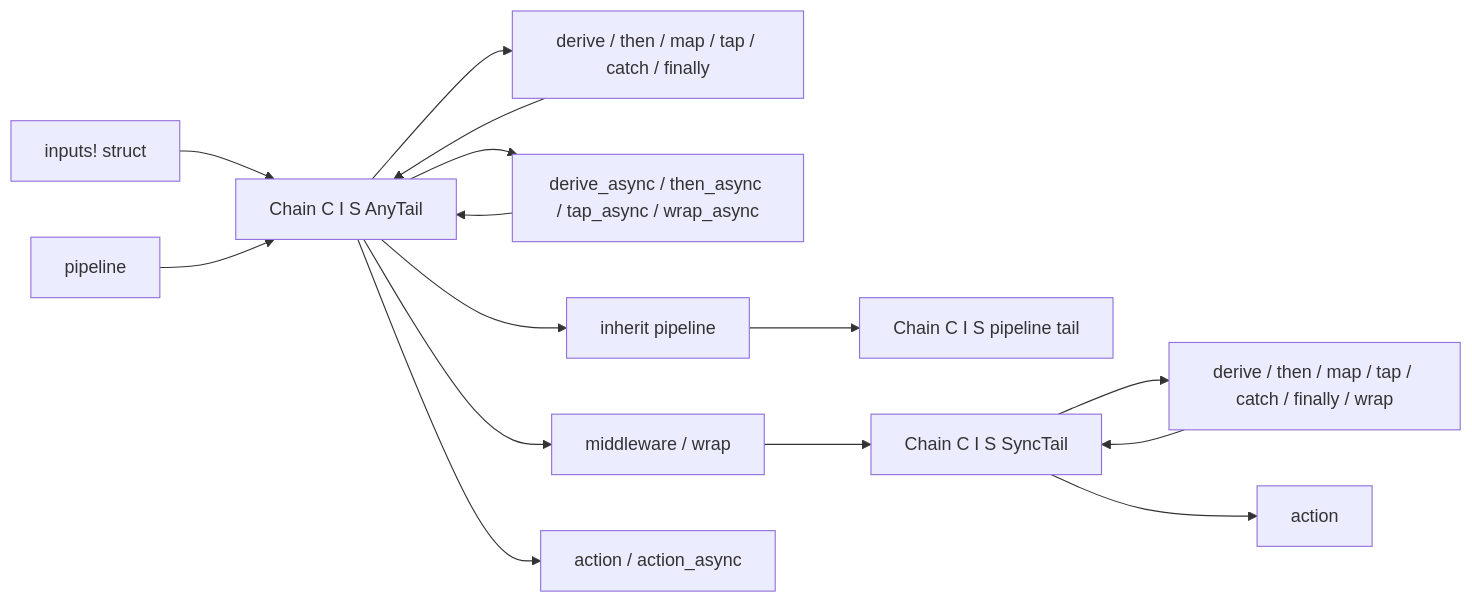
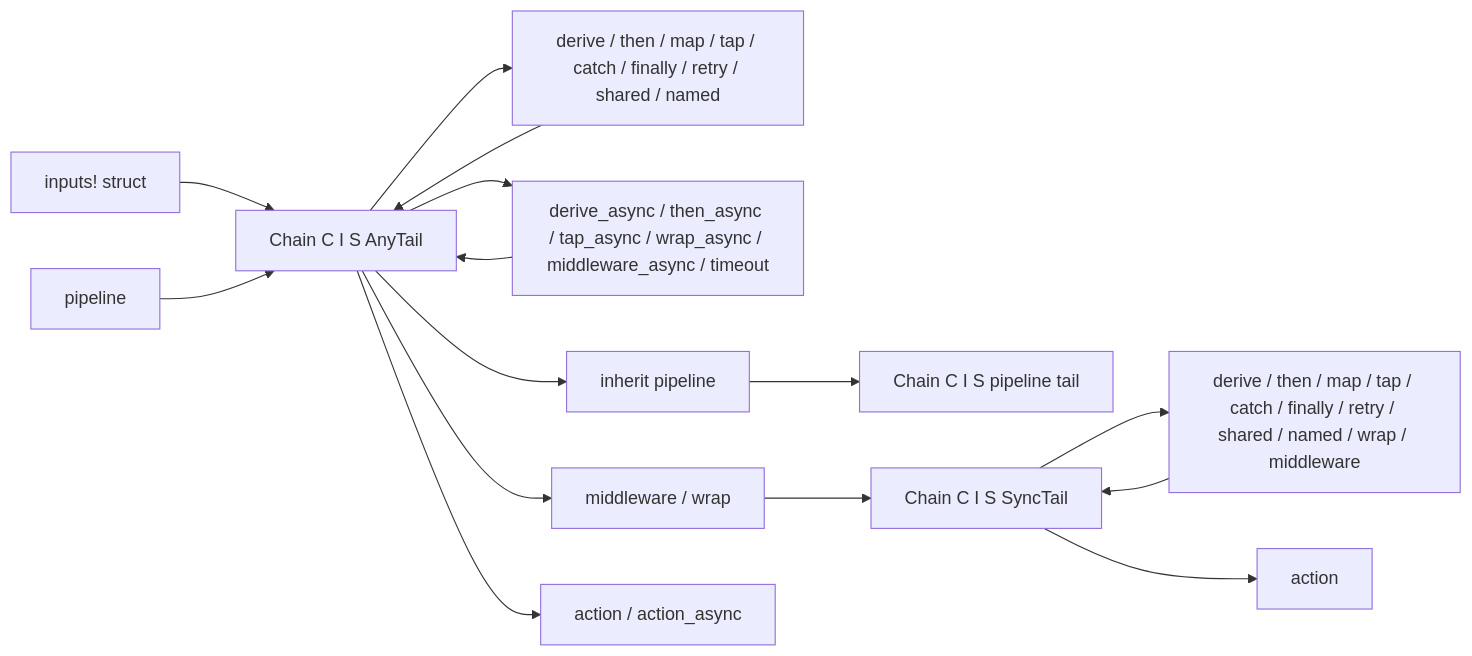
The diagram in docs/adr/0003-named-inputs-and-typed-middleware.md (kjanat/fujo), drawn with Mermaid before and after one commit. The commit also changed other lines of this file and 68 other files, not shown here.

````diff
--- a/docs/adr/0003-named-inputs-and-typed-middleware.md
+++ b/docs/adr/0003-named-inputs-and-typed-middleware.md
@@ -15,17 +15,17 @@
 ```mermaid
 flowchart LR
     Bundle[inputs! struct] --> Typed[Chain C I S AnyTail]
     Pipe[pipeline] --> Typed
-    Typed --> Derive[derive / then / map / tap / catch / finally]
-    Typed --> Async[derive_async / then_async / tap_async / wrap_async]
+    Typed --> Derive[derive / then / map / tap / catch / finally / retry / shared / named]
+    Typed --> Async[derive_async / then_async / tap_async / wrap_async / middleware_async / timeout]
     Typed --> Inherit[inherit pipeline]
     Typed --> SyncWrap[middleware / wrap]
     Derive --> Typed
     Async --> Typed
     Inherit --> Tail[Chain C I S pipeline tail]
     SyncWrap --> Sync[Chain C I S SyncTail]
-    Sync --> Derive2[derive / then / map / tap / catch / finally / wrap]
+    Sync --> Derive2[derive / then / map / tap / catch / finally / retry / shared / named / wrap / middleware]
     Derive2 --> Sync
     Sync --> Action[action]
     Typed --> AnyAction[action / action_async]
 ```
````
